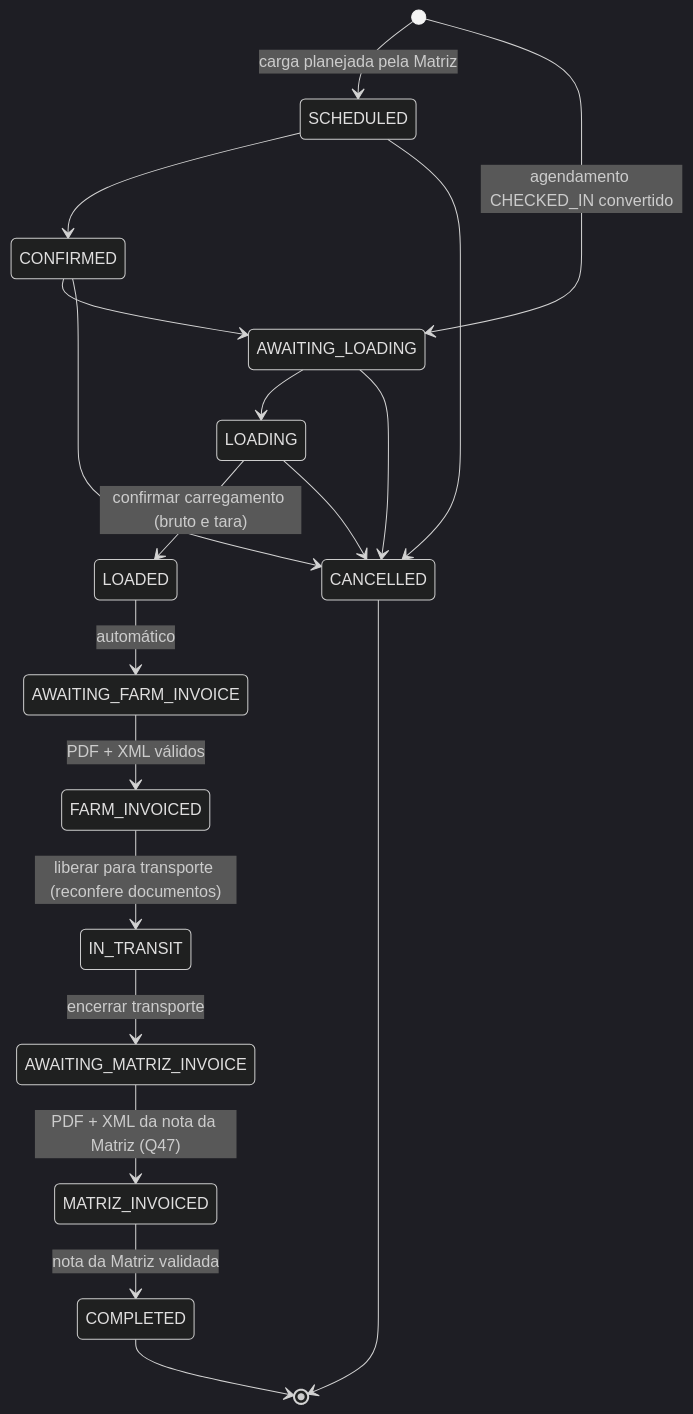
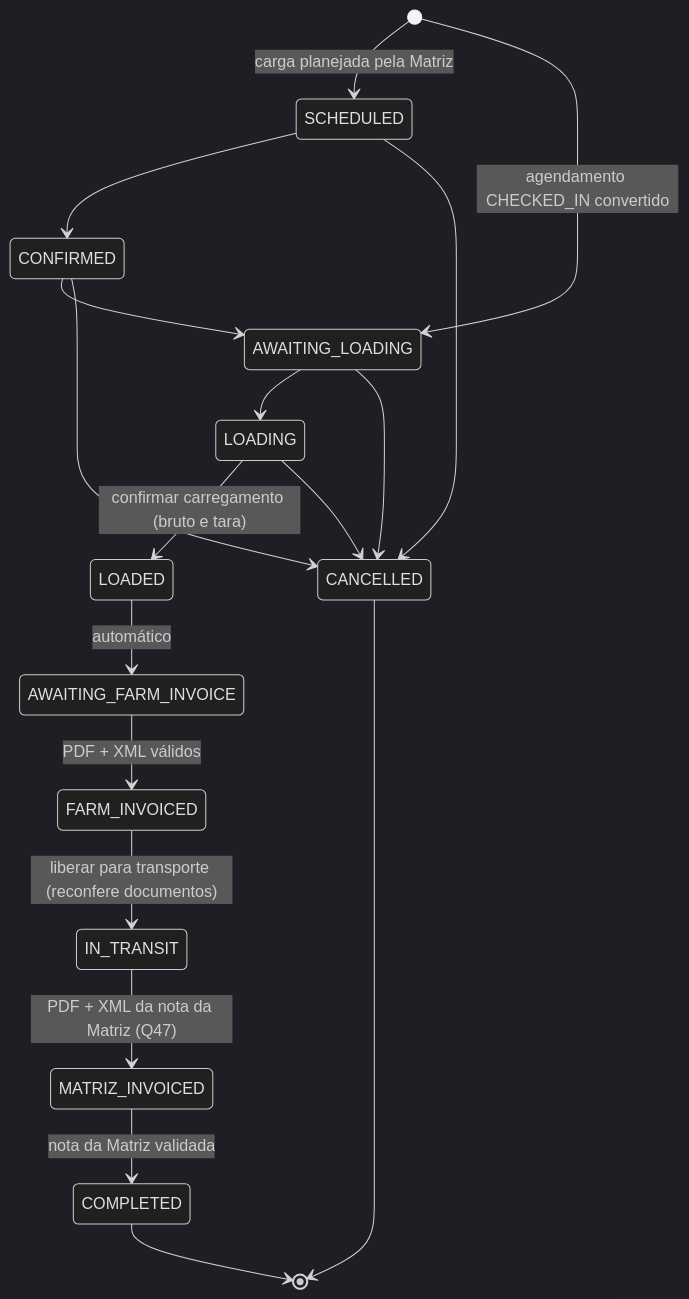
One commit to antoniocavali/Ordens_2.0 changed the second of 3 diagrams in docs/state-machines.md. Above: the diagram before and after it, drawn with Mermaid (dark theme). The commit also changed other lines of this file and 16 other files, not shown here.

First line of the commit message:
feat(cargas): sem "Encerrar transporte" e sincronização dos XML já copiados (#112)

````diff
--- a/docs/state-machines.md
+++ b/docs/state-machines.md
@@ -58,21 +58,20 @@
 ```mermaid
 stateDiagram-v2
   [*] --> SCHEDULED: carga planejada pela Matriz
   [*] --> AWAITING_LOADING: agendamento CHECKED_IN convertido
   SCHEDULED --> CONFIRMED
   CONFIRMED --> AWAITING_LOADING
   AWAITING_LOADING --> LOADING
   LOADING --> LOADED: confirmar carregamento (bruto e tara)
   LOADED --> AWAITING_FARM_INVOICE: automático
   AWAITING_FARM_INVOICE --> FARM_INVOICED: PDF + XML válidos
   FARM_INVOICED --> IN_TRANSIT: liberar para transporte (reconfere documentos)
-  IN_TRANSIT --> AWAITING_MATRIZ_INVOICE: encerrar transporte
-  AWAITING_MATRIZ_INVOICE --> MATRIZ_INVOICED: PDF + XML da nota da Matriz (Q47)
+  IN_TRANSIT --> MATRIZ_INVOICED: PDF + XML da nota da Matriz (Q47)
   MATRIZ_INVOICED --> COMPLETED: nota da Matriz validada
   SCHEDULED --> CANCELLED
   CONFIRMED --> CANCELLED
   AWAITING_LOADING --> CANCELLED
   LOADING --> CANCELLED
   COMPLETED --> [*]
   CANCELLED --> [*]
 ```
````
